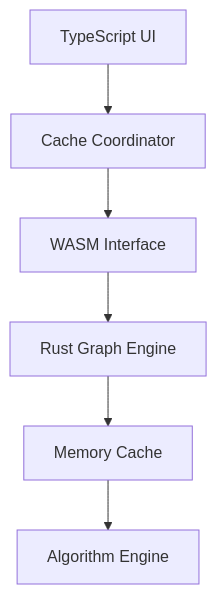
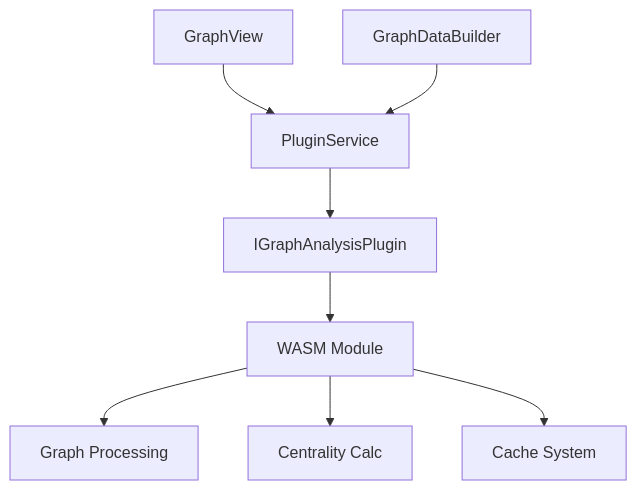
One commit to luolanaaTUD/obsidian-graph-analysis changed the second of 2 diagrams in memory-bank/systemPatterns.md. Above: the diagram before and after it, drawn with Mermaid. The commit also changed other lines of this file and 10 other files, not shown here.

First line of the commit message:
refactor: implement Plugin Service pattern and optimize graph initialization

````diff
--- a/memory-bank/systemPatterns.md
+++ b/memory-bank/systemPatterns.md
@@ -56,8 +54,10 @@
 ```mermaid
 graph TD
-    A[TypeScript UI] --> B[Cache Coordinator]
-    B --> C[WASM Interface]
-    C --> D[Rust Graph Engine]
-    D --> E[Memory Cache]
-    E --> F[Algorithm Engine]
+    A[GraphView] --> B[PluginService]
+    C[GraphDataBuilder] --> B
+    B --> D[IGraphAnalysisPlugin]
+    D --> E[WASM Module]
+    E --> F[Graph Processing]
+    E --> G[Centrality Calc]
+    E --> H[Cache System]
 ```
````
